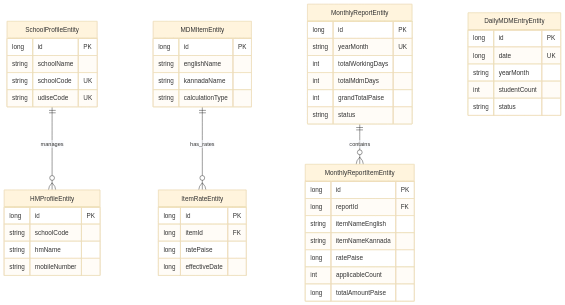
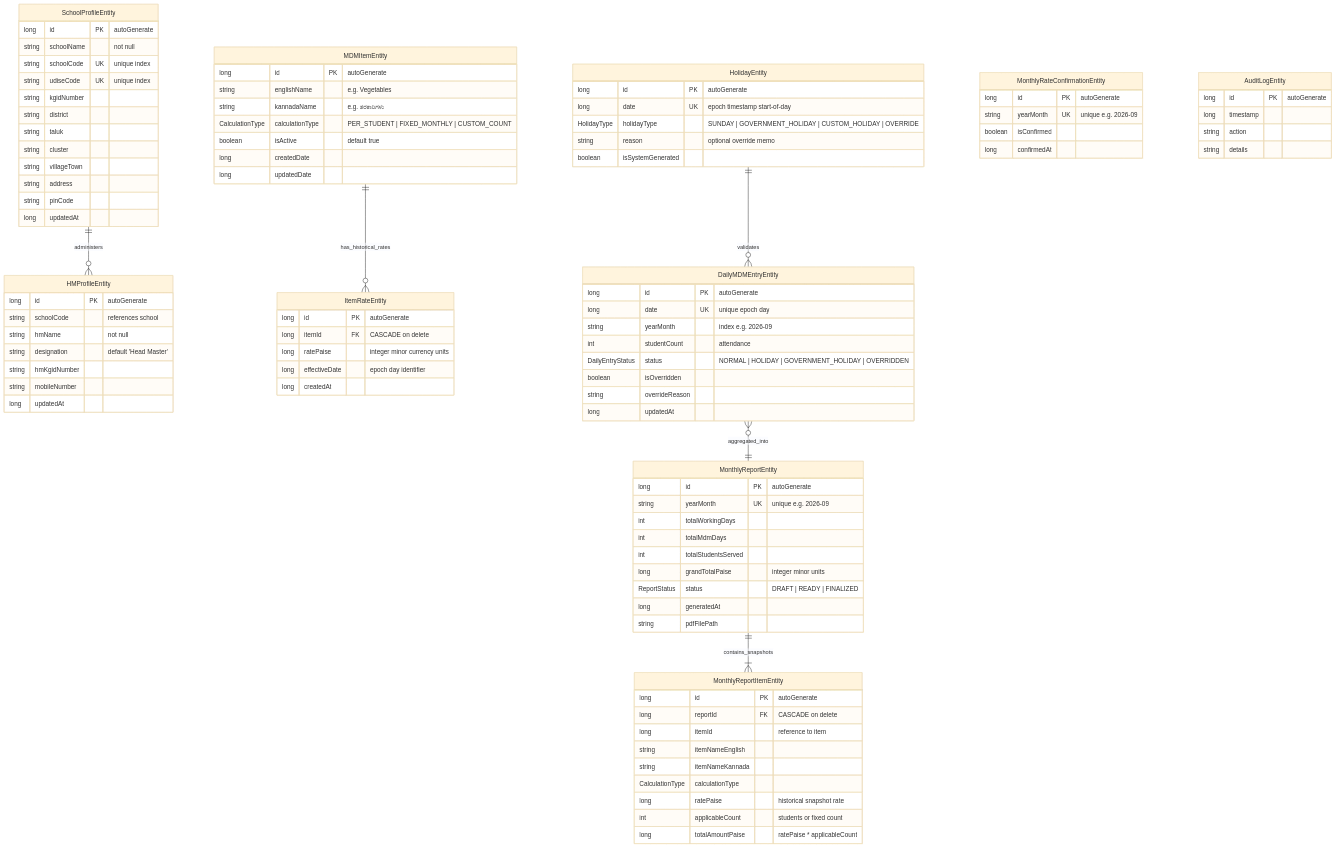
Before and after one commit to Tejzraj/ARER-APP: the fourth of 9 diagrams in README.md, drawn with Mermaid (base theme). The commit also changed other lines of this file and 7 other files, not shown here.

````diff
--- a/README.md
+++ b/README.md
@@ -181,61 +438,108 @@
 ```mermaid
 erDiagram
-    SchoolProfileEntity ||--o{ HMProfileEntity : manages
-    MDMItemEntity ||--o{ ItemRateEntity : has_rates
-    MonthlyReportEntity ||--o{ MonthlyReportItemEntity : contains
-    
+    SchoolProfileEntity ||--o{ HMProfileEntity : "administers"
+    MDMItemEntity ||--o{ ItemRateEntity : "has_historical_rates"
+    MonthlyReportEntity ||--|{ MonthlyReportItemEntity : "contains_snapshots"
+    DailyMDMEntryEntity }o--|| MonthlyReportEntity : "aggregated_into"
+    HolidayEntity ||--o{ DailyMDMEntryEntity : "validates"
+
     SchoolProfileEntity {
-        long id PK
-        string schoolName
-        string schoolCode UK
-        string udiseCode UK
+        long id PK "autoGenerate"
+        string schoolName "not null"
+        string schoolCode UK "unique index"
+        string udiseCode UK "unique index"
+        string kgidNumber
+        string district
+        string taluk
+        string cluster
+        string villageTown
+        string address
+        string pinCode
+        long updatedAt
     }
 
     HMProfileEntity {
-        long id PK
-        string schoolCode
-        string hmName
+        long id PK "autoGenerate"
+        string schoolCode "references school"
+        string hmName "not null"
+        string designation "default 'Head Master'"
+        string hmKgidNumber
         string mobileNumber
+        long updatedAt
     }
 
     MDMItemEntity {
-        long id PK
-        string englishName
-        string kannadaName
-        string calculationType
+        long id PK "autoGenerate"
+        string englishName "e.g. Vegetables"
+        string kannadaName "e.g. ತರಕಾರಿಗಳು"
+        CalculationType calculationType "PER_STUDENT | FIXED_MONTHLY | CUSTOM_COUNT"
+        boolean isActive "default true"
+        long createdDate
+        long updatedDate
     }
 
     ItemRateEntity {
-        long id PK
-        long itemId FK
-        long ratePaise
-        long effectiveDate
+        long id PK "autoGenerate"
+        long itemId FK "CASCADE on delete"
+        long ratePaise "integer minor currency units"
+        long effectiveDate "epoch day identifier"
+        long createdAt
+    }
+
+    HolidayEntity {
+        long id PK "autoGenerate"
+        long date UK "epoch timestamp start-of-day"
+        HolidayType holidayType "SUNDAY | GOVERNMENT_HOLIDAY | CUSTOM_HOLIDAY | OVERRIDE"
+        string reason "optional override memo"
+        boolean isSystemGenerated
     }
 
     DailyMDMEntryEntity {
-        long id PK
-        long date UK
-        string yearMonth
-        int studentCount
-        string status
+        long id PK "autoGenerate"
+        long date UK "unique epoch day"
+        string yearMonth "index e.g. 2026-09"
+        int studentCount "attendance"
+        DailyEntryStatus status "NORMAL | HOLIDAY | GOVERNMENT_HOLIDAY | OVERRIDDEN"
+        boolean isOverridden
+        string overrideReason
+        long updatedAt
+    }
+
+    MonthlyRateConfirmationEntity {
+        long id PK "autoGenerate"
+        string yearMonth UK "unique e.g. 2026-09"
+        boolean isConfirmed
+        long confirmedAt
     }
 
     MonthlyReportEntity {
-        long id PK
-        string yearMonth UK
+        long id PK "autoGenerate"
+        string yearMonth UK "unique e.g. 2026-09"
         int totalWorkingDays
         int totalMdmDays
-        int grandTotalPaise
-        string status
+        int totalStudentsServed
+        long grandTotalPaise "integer minor units"
+        ReportStatus status "DRAFT | READY | FINALIZED"
+        long generatedAt
+        string pdfFilePath
     }
 
     MonthlyReportItemEntity {
-        long id PK
-        long reportId FK
+        long id PK "autoGenerate"
+        long reportId FK "CASCADE on delete"
+        long itemId "reference to item"
         string itemNameEnglish
         string itemNameKannada
-        long ratePaise
-        int applicableCount
-        long totalAmountPaise
+        CalculationType calculationType
+        long ratePaise "historical snapshot rate"
+        int applicableCount "students or fixed count"
+        long totalAmountPaise "ratePaise * applicableCount"
+    }
+
+    AuditLogEntity {
+        long id PK "autoGenerate"
+        long timestamp
+        string action
+        string details
     }
 ```
````
